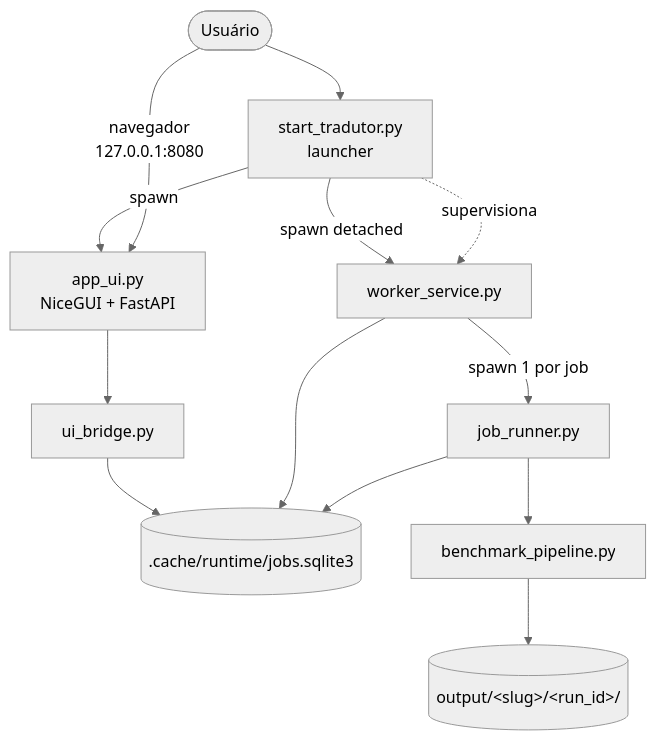
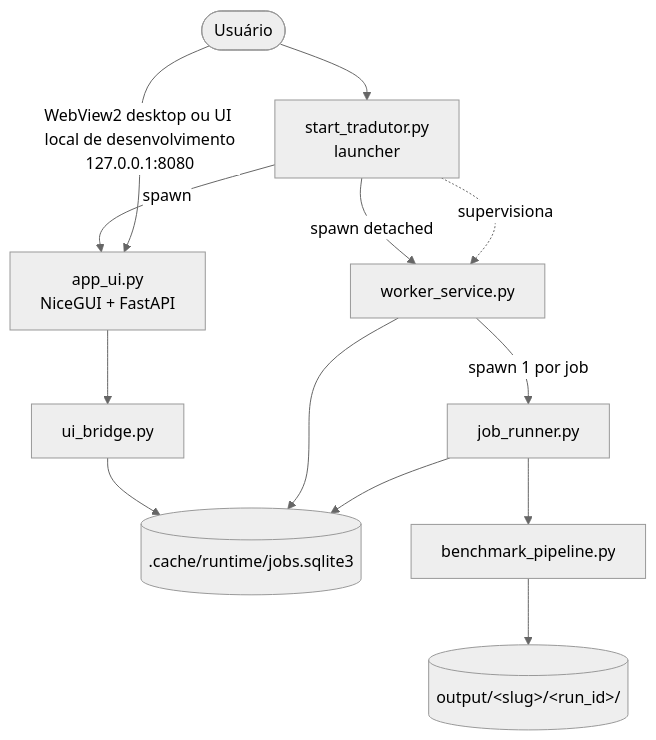
One commit to HenriquePvAr/Yomu-Sekai changed the first of 5 diagrams in docs/technical/DOCUMENTACAO_TECNICA.md. Above: the diagram before and after it, drawn with Mermaid (neutral theme). The commit also changed other lines of this file and 15 other files, not shown here.

````diff
--- a/docs/technical/DOCUMENTACAO_TECNICA.md
+++ b/docs/technical/DOCUMENTACAO_TECNICA.md
@@ -153,15 +153,15 @@
 ```mermaid
 flowchart TD
     U([Usuário]) --> L[start_tradutor.py<br/>launcher]
     L -->|spawn detached| W[worker_service.py]
     L -->|spawn| UI[app_ui.py<br/>NiceGUI + FastAPI]
     L -. supervisiona .-> W
-    U -->|navegador<br/>127.0.0.1:8080| UI
+    U -->|WebView2 desktop ou UI local de desenvolvimento<br/>127.0.0.1:8080| UI
     UI --> B[ui_bridge.py]
     B --> DB[(.cache/runtime/jobs.sqlite3)]
     W --> DB
     W -->|spawn 1 por job| R[job_runner.py]
     R --> P[benchmark_pipeline.py]
     P --> O[(output/&lt;slug&gt;/&lt;run_id&gt;/)]
     R --> DB
 ```
````
